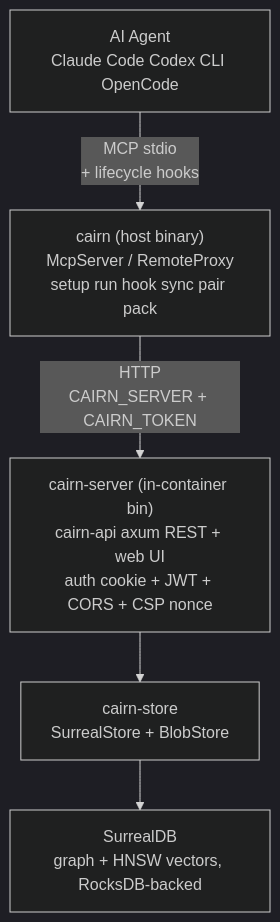
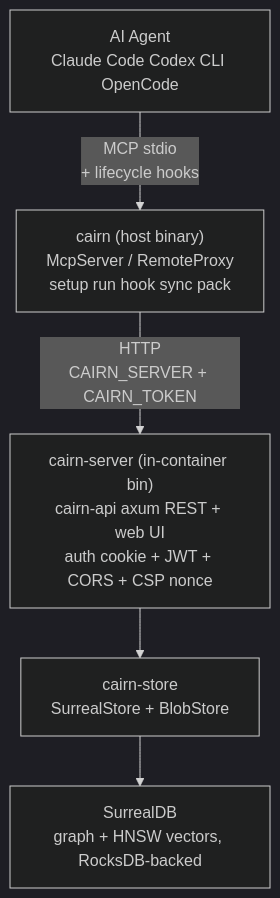
The first of 2 diagrams in docs/reference/architecture.md (Vellixia/Cairn), drawn with Mermaid (dark theme) before and after one commit. The commit also changed other lines of this file and 57 other files, not shown here.

````diff
--- a/docs/reference/architecture.md
+++ b/docs/reference/architecture.md
@@ -17,13 +17,13 @@
 ```mermaid
 graph TD
     Agent["AI Agent<br/>Claude Code Codex CLI OpenCode"]
-    CLI["cairn (host binary)<br/>McpServer / RemoteProxy<br/>setup run hook sync pair pack"]
+    CLI["cairn (host binary)<br/>McpServer / RemoteProxy<br/>setup run hook sync pack"]
     Server["cairn-server (in-container bin)<br/>cairn-api axum REST + web UI<br/>auth cookie + JWT + CORS + CSP nonce"]
     Store["cairn-store<br/>SurrealStore + BlobStore"]
     Surreal["SurrealDB<br/>graph + HNSW vectors, RocksDB-backed"]
 
     Agent -->|"MCP stdio<br/>+ lifecycle hooks"| CLI
     CLI -->|"HTTP<br/>CAIRN_SERVER + CAIRN_TOKEN"| Server
     Server --> Store
     Store --> Surreal
 ```
````
